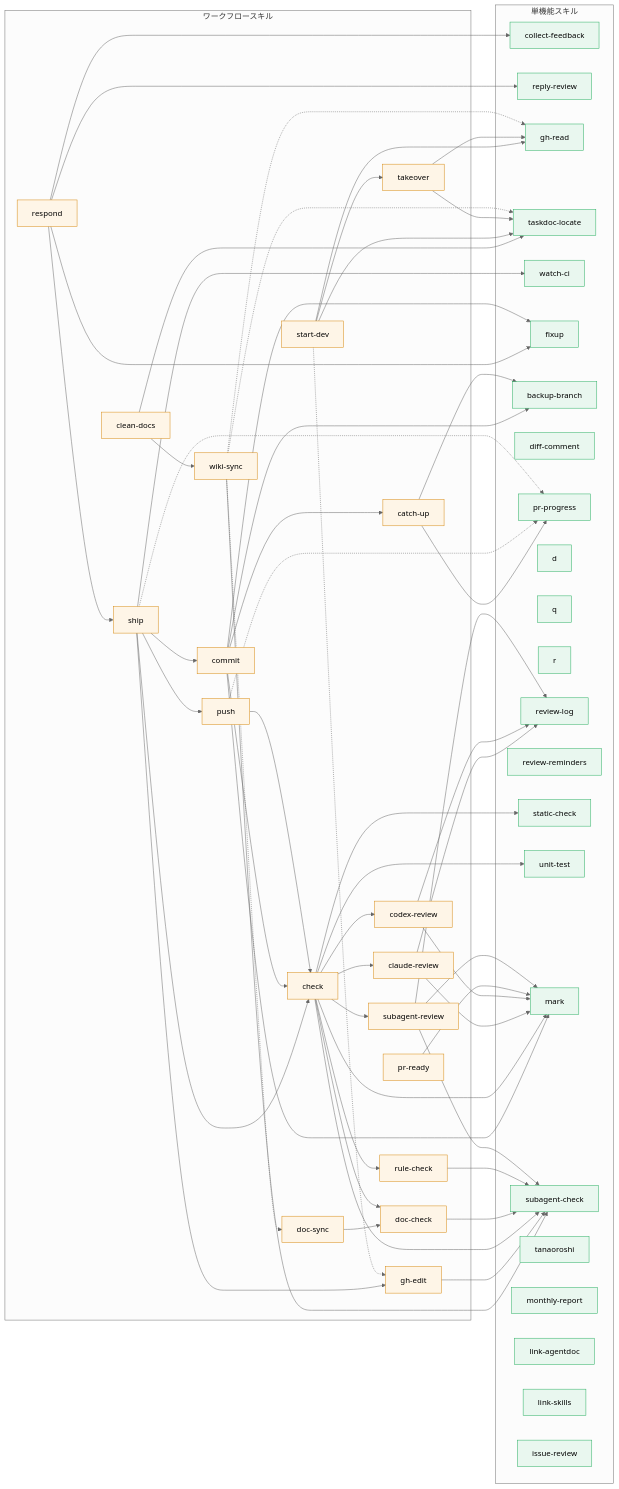
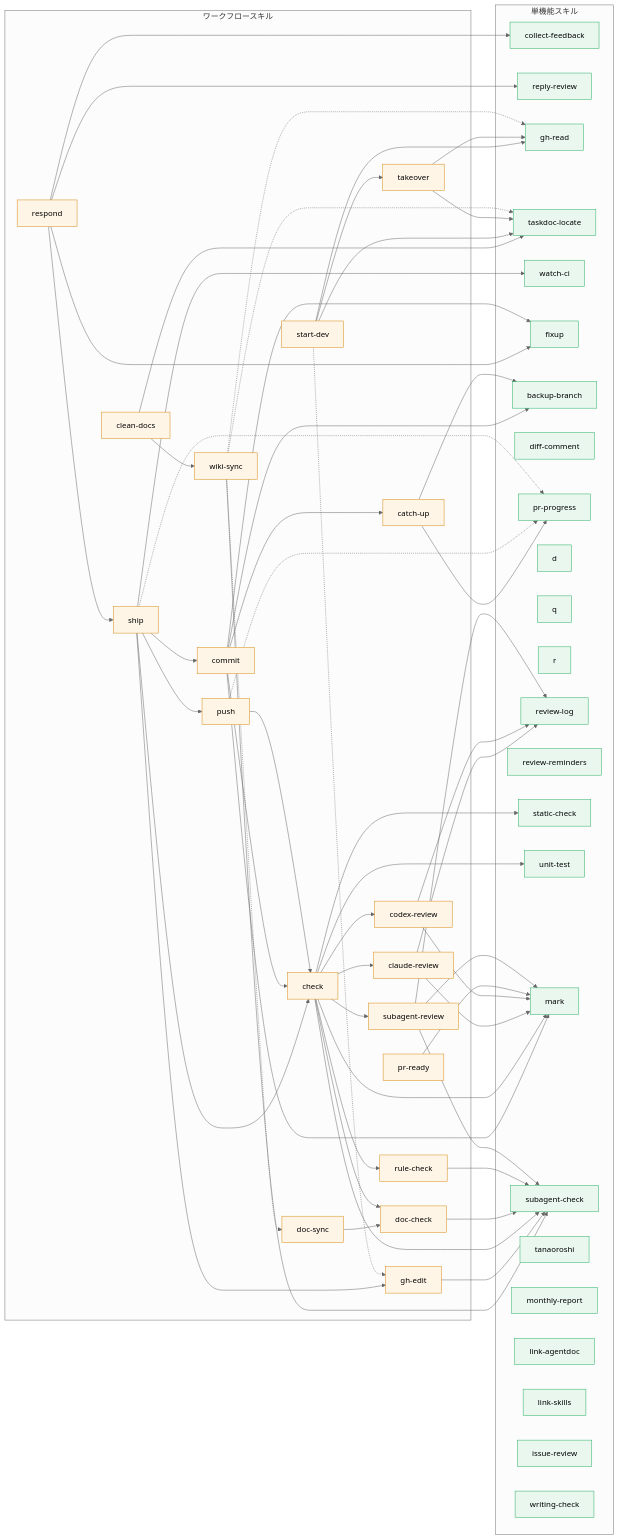
Before and after one commit to mistbind3u88/bonsai: the second of 2 diagrams in README.md, drawn with Mermaid (neutral theme). The commit also changed other lines of this file and 6 other files, not shown here.

Commit message:
feat: writing-check skillを追加する

```diff
--- a/README.md
+++ b/README.md
@@ -152,6 +153,7 @@
         link-agentdoc:::single
         link-skills:::single
         issue-review:::single
+        writing-check:::single
     end
 
     respond --> ship
```
